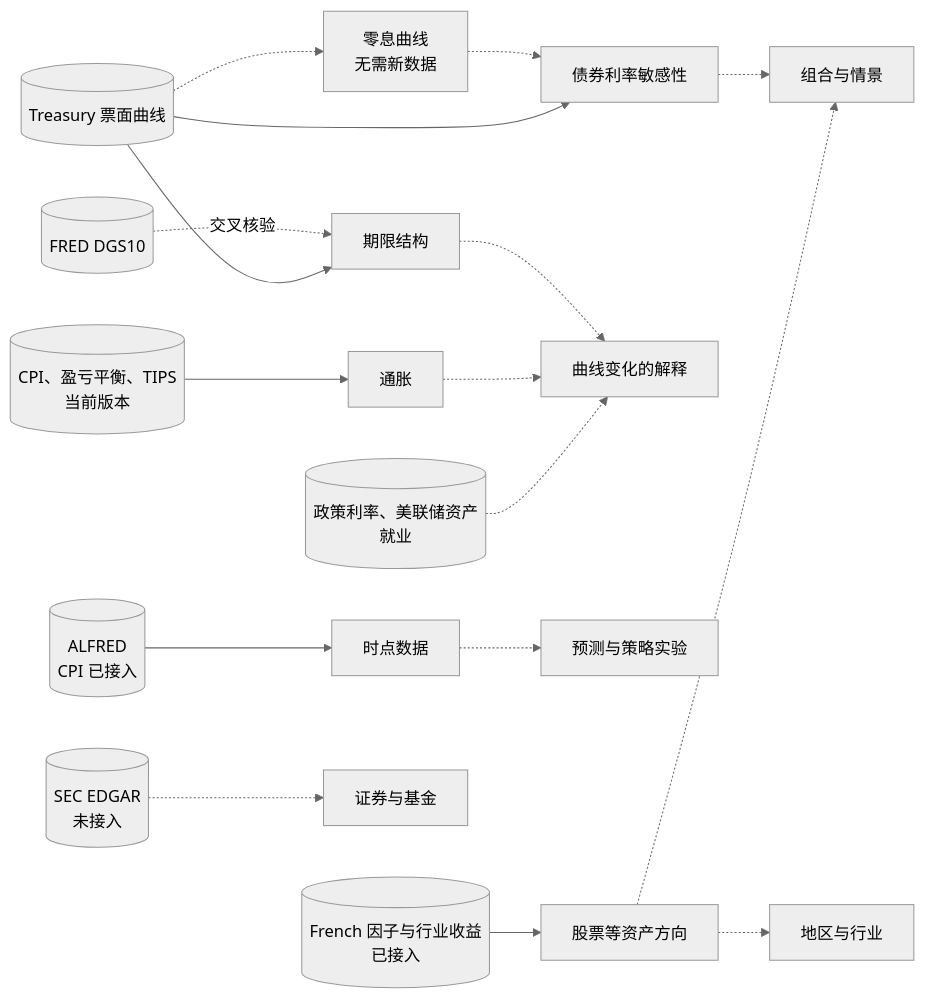
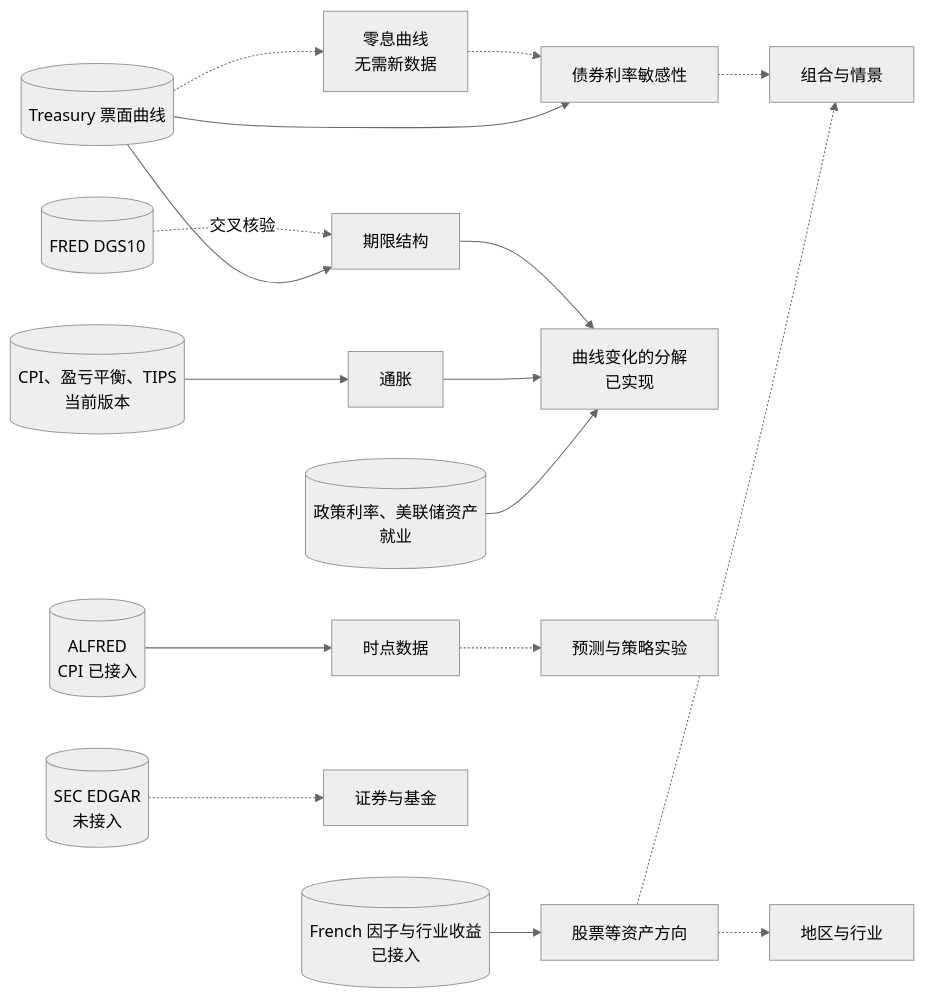
The diagram in docs/research-map.md (werneryang/investment-research-os), drawn with Mermaid (neutral theme) before and after one commit. The commit also changed other lines of this file and 12 other files, not shown here.

````diff
--- a/docs/research-map.md
+++ b/docs/research-map.md
@@ -85,19 +85,19 @@
 ```mermaid
 flowchart LR
   UST[(Treasury 票面曲线)] --> TS[期限结构]
   UST --> BR[债券利率敏感性]
   DGS10[(FRED DGS10)] -. 交叉核验 .-> TS
   CPI[(CPI、盈亏平衡、TIPS<br/>当前版本)] --> INF[通胀]
-  POL[(政策利率、美联储资产<br/>就业)] -.-> EXP
+  POL[(政策利率、美联储资产<br/>就业)] --> EXP
   UST -.-> ZC[零息曲线<br/>无需新数据]
   ZC -.-> BR
-  INF -.-> EXP[曲线变化的解释]
-  TS -.-> EXP
+  INF --> EXP[曲线变化的分解<br/>已实现]
+  TS --> EXP
   ALF[(ALFRED<br/>CPI 已接入)] --> PIT[时点数据]
   PIT -.-> FC[预测与策略实验]
   FF[(French 因子与行业收益<br/>已接入)] --> EQ[股票等资产方向]
   EQ -.-> PF[组合与情景]
   BR -.-> PF
   EQ -.-> IND[地区与行业]
   EDGAR[(SEC EDGAR<br/>未接入)] -.-> SEC[证券与基金]
 ```
````
